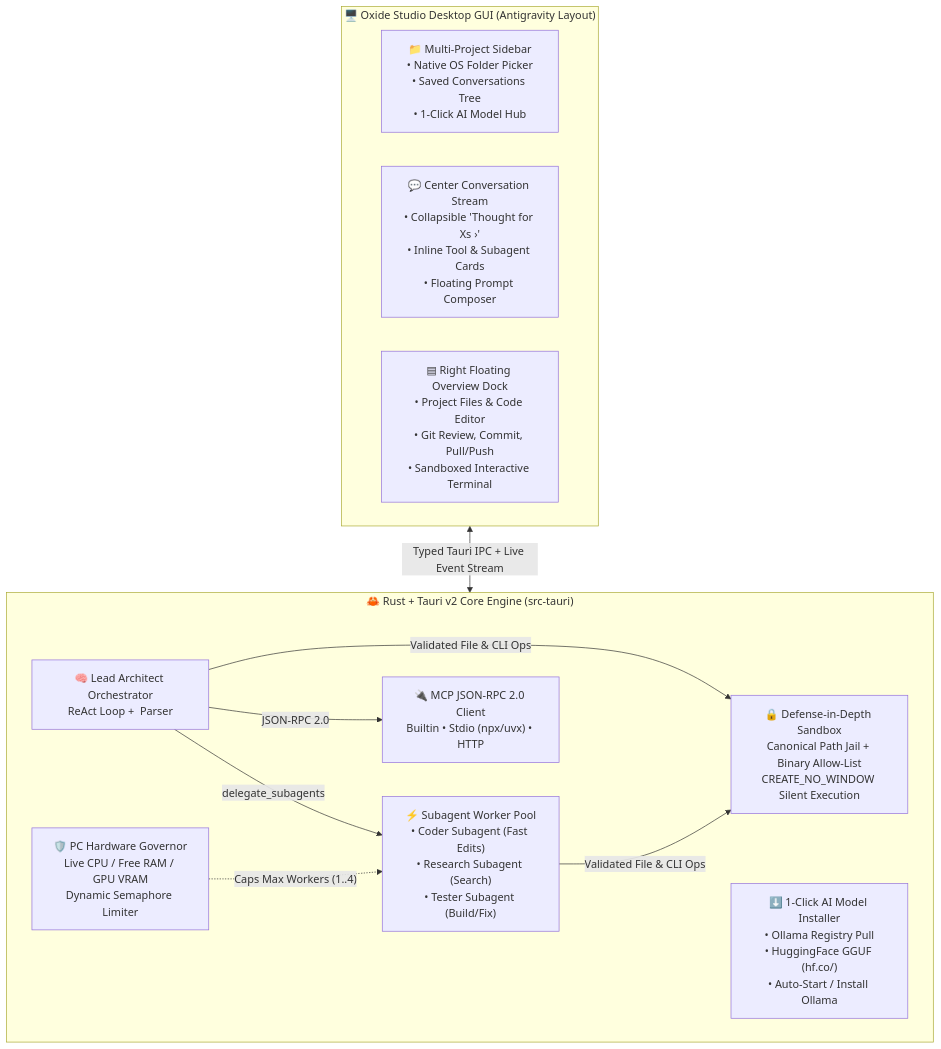
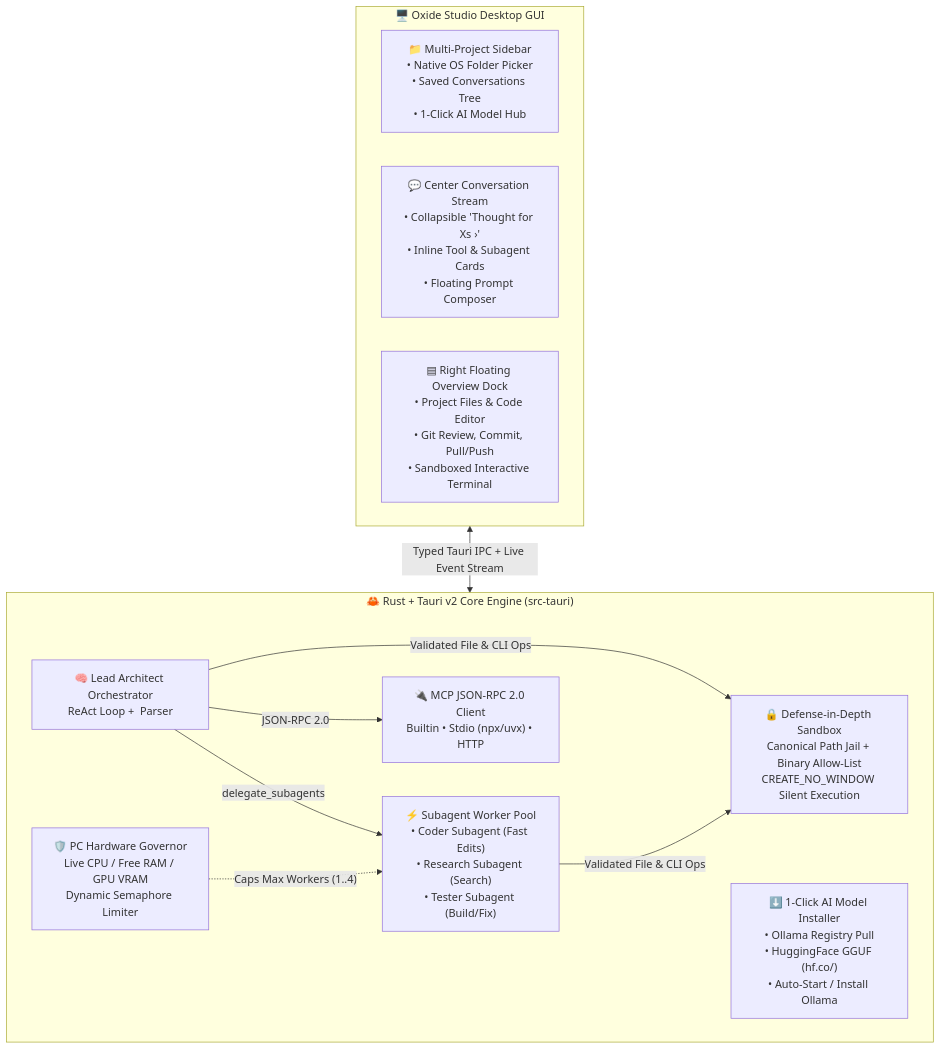
One commit to Hanzkii/Oxide changed the first of 2 diagrams in README.md. Above: the diagram before and after it, drawn with Mermaid. The commit also changed other lines of this file and 8 other files, not shown here.

Commit message:
chore: remove external branding and redundant badges, cleanly brand as Oxide Studio

````diff
--- a/README.md
+++ b/README.md
@@ -34,23 +34,23 @@
 ```mermaid
 flowchart TB
-    subgraph UI["🖥️ Oxide Studio Desktop GUI (Antigravity Layout)"]
+    subgraph UI["🖥️ Oxide Studio Desktop GUI"]
         Sidebar["📁 Multi-Project Sidebar\n• Native OS Folder Picker\n• Saved Conversations Tree\n• 1-Click AI Model Hub"]
         Center["💬 Center Conversation Stream\n• Collapsible 'Thought for Xs ›'\n• Inline Tool & Subagent Cards\n• Floating Prompt Composer"]
         RightDock["▤ Right Floating Overview Dock\n• Project Files & Code Editor\n• Git Review, Commit, Pull/Push\n• Sandboxed Interactive Terminal"]
     end
 
     subgraph Core["🦀 Rust + Tauri v2 Core Engine (src-tauri)"]
         Orchestrator["🧠 Lead Architect Orchestrator\nReAct Loop + <think> Parser"]
         SubagentPool["⚡ Subagent Worker Pool\n• Coder Subagent (Fast Edits)\n• Research Subagent (Search)\n• Tester Subagent (Build/Fix)"]
         Governor["🛡️ PC Hardware Governor\nLive CPU / Free RAM / GPU VRAM\nDynamic Semaphore Limiter"]
         ModelHub["⬇️ 1-Click AI Model Installer\n• Ollama Registry Pull\n• HuggingFace GGUF (hf.co/)\n• Auto-Start / Install Ollama"]
         MCP["🔌 MCP JSON-RPC 2.0 Client\nBuiltin • Stdio (npx/uvx) • HTTP"]
         Sandbox["🔒 Defense-in-Depth Sandbox\nCanonical Path Jail + Binary Allow-List\nCREATE_NO_WINDOW Silent Execution"]
     end
 
     UI <-->|"Typed Tauri IPC + Live Event Stream"| Core
     Orchestrator -->|"delegate_subagents"| SubagentPool
     Governor -.->|"Caps Max Workers (1..4)"| SubagentPool
     Orchestrator -->|"JSON-RPC 2.0"| MCP
     Orchestrator & SubagentPool -->|"Validated File & CLI Ops"| Sandbox
 ```
````
